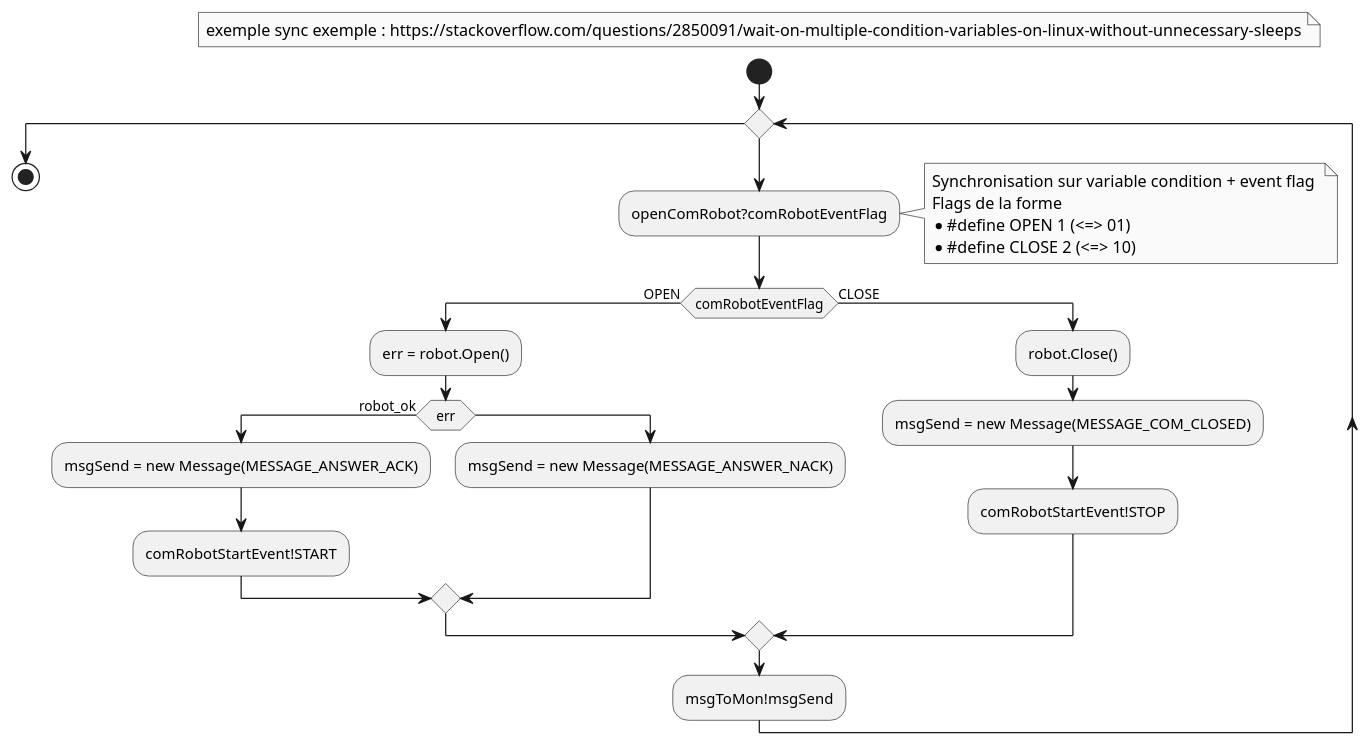
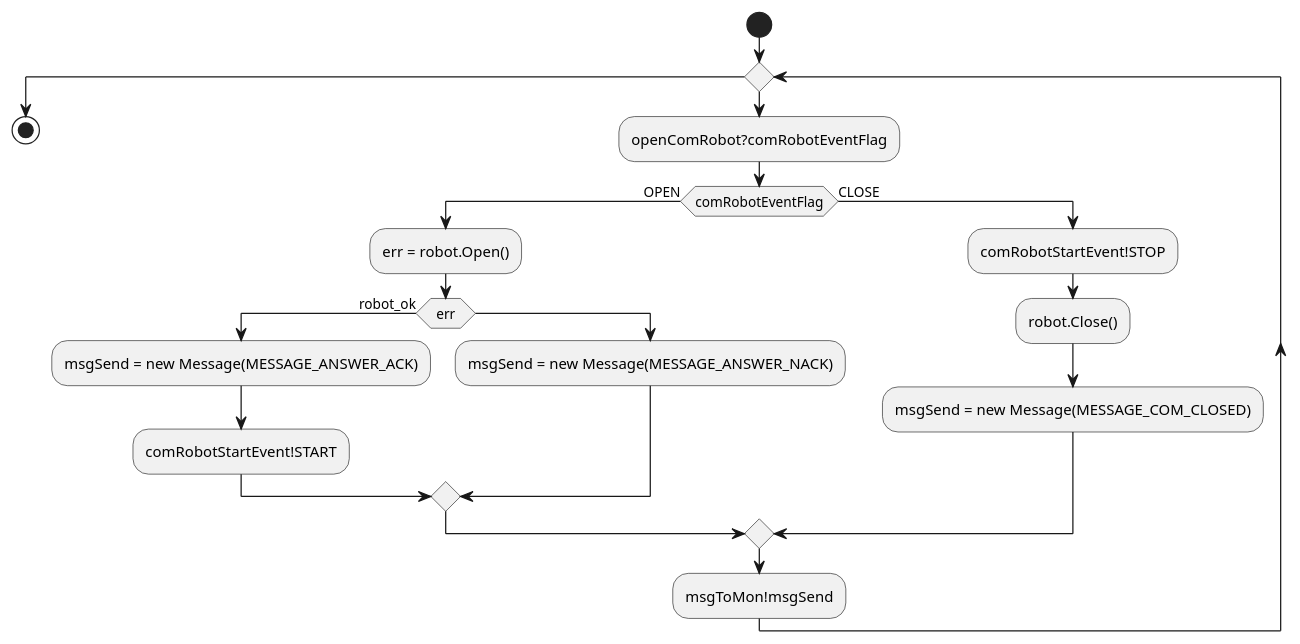
The diagram in diags/th_com_robot.puml (Bobillot/BE_Temps_Reel), drawn with PlantUML before and after one commit. The commit also changed 2 other files, not shown here.

Commit message:
corrected th_com_robot

```diff
--- a/diags/th_com_robot.puml
+++ b/diags/th_com_robot.puml
@@ -1,32 +1,27 @@
 @startuml th_com_robot
 
 skinparam monochrome true
-floating note : exemple sync exemple : https://stackoverflow.com/questions/2850091/wait-on-multiple-condition-variables-on-linux-without-unnecessary-sleeps
+
 start
 
 while( )
     :openComRobot?comRobotEventFlag;
-    note right
-        Synchronisation sur variable condition + event flag 
-        Flags de la forme 
-        * #define OPEN 1 (<=> 01)
-        * #define CLOSE 2 (<=> 10)
-    end note
     if (comRobotEventFlag) then (OPEN)
     :err = robot.Open();
         if (err) then (robot_ok)
         :msgSend = new Message(MESSAGE_ANSWER_ACK);
         :comRobotStartEvent!START;
         else
             :msgSend = new Message(MESSAGE_ANSWER_NACK);
         endif
     else (CLOSE)
+        :comRobotStartEvent!STOP;
         :robot.Close();
         :msgSend = new Message(MESSAGE_COM_CLOSED);
-        :comRobotStartEvent!STOP;
+        
         'Check message type
     endif
     :msgToMon!msgSend;
 endwhile
 stop
 @enduml
```
